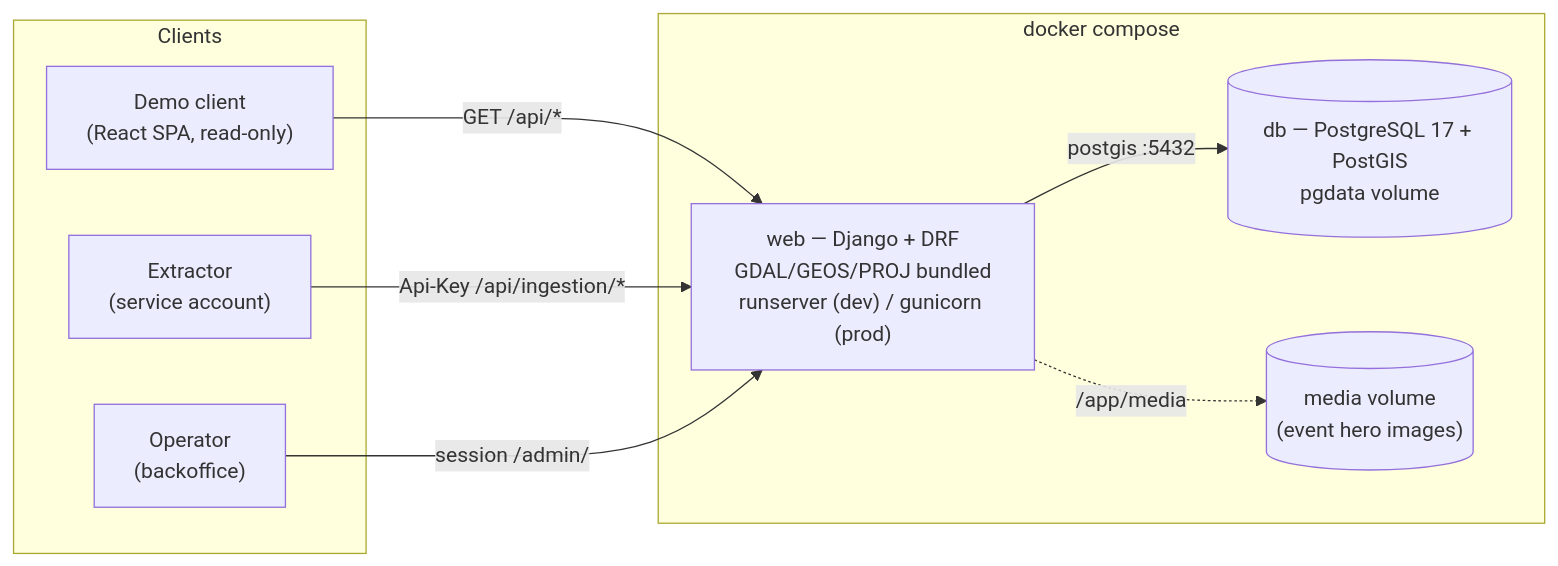
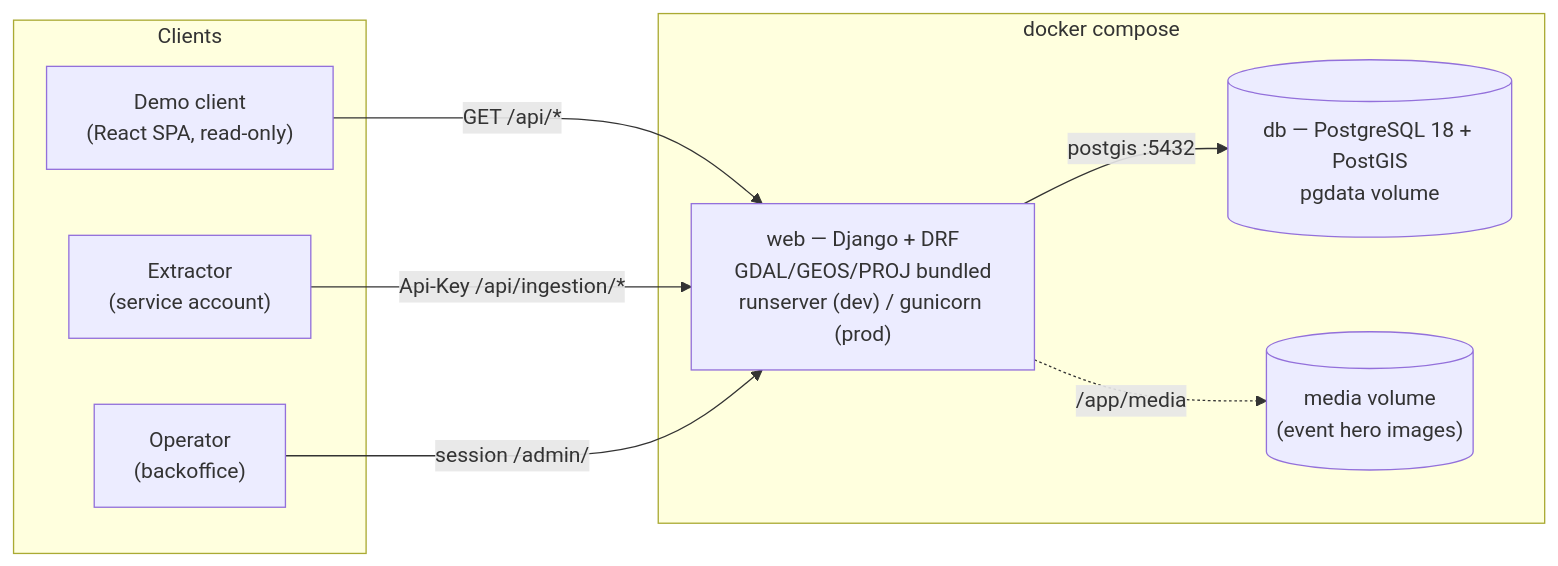
The first of 6 diagrams in terminschleuder-overview.md (Terminschleuder/presentation), drawn with Mermaid before and after one commit. The commit also changed other lines of this file and 2 other files, not shown here.

````diff
--- a/terminschleuder-overview.md
+++ b/terminschleuder-overview.md
@@ -71,18 +71,18 @@
 ```mermaid
 flowchart LR
     subgraph Clients
         DC["Demo client\n(React SPA, read-only)"]
         EXT["Extractor\n(service account)"]
         OP["Operator\n(backoffice)"]
     end
     subgraph Compose["docker compose"]
         WEB["web — Django + DRF\nGDAL/GEOS/PROJ bundled\nrunserver (dev) / gunicorn (prod)"]
-        DB[("db — PostgreSQL 17 + PostGIS\npgdata volume")]
+        DB[("db — PostgreSQL 18 + PostGIS\npgdata volume")]
         MED[("media volume\n(event hero images)")]
         WEB -->|postgis :5432| DB
         WEB -.->|/app/media| MED
     end
     DC -->|GET /api/*| WEB
     EXT -->|Api-Key /api/ingestion/*| WEB
     OP -->|session /admin/| WEB
 ```
````
